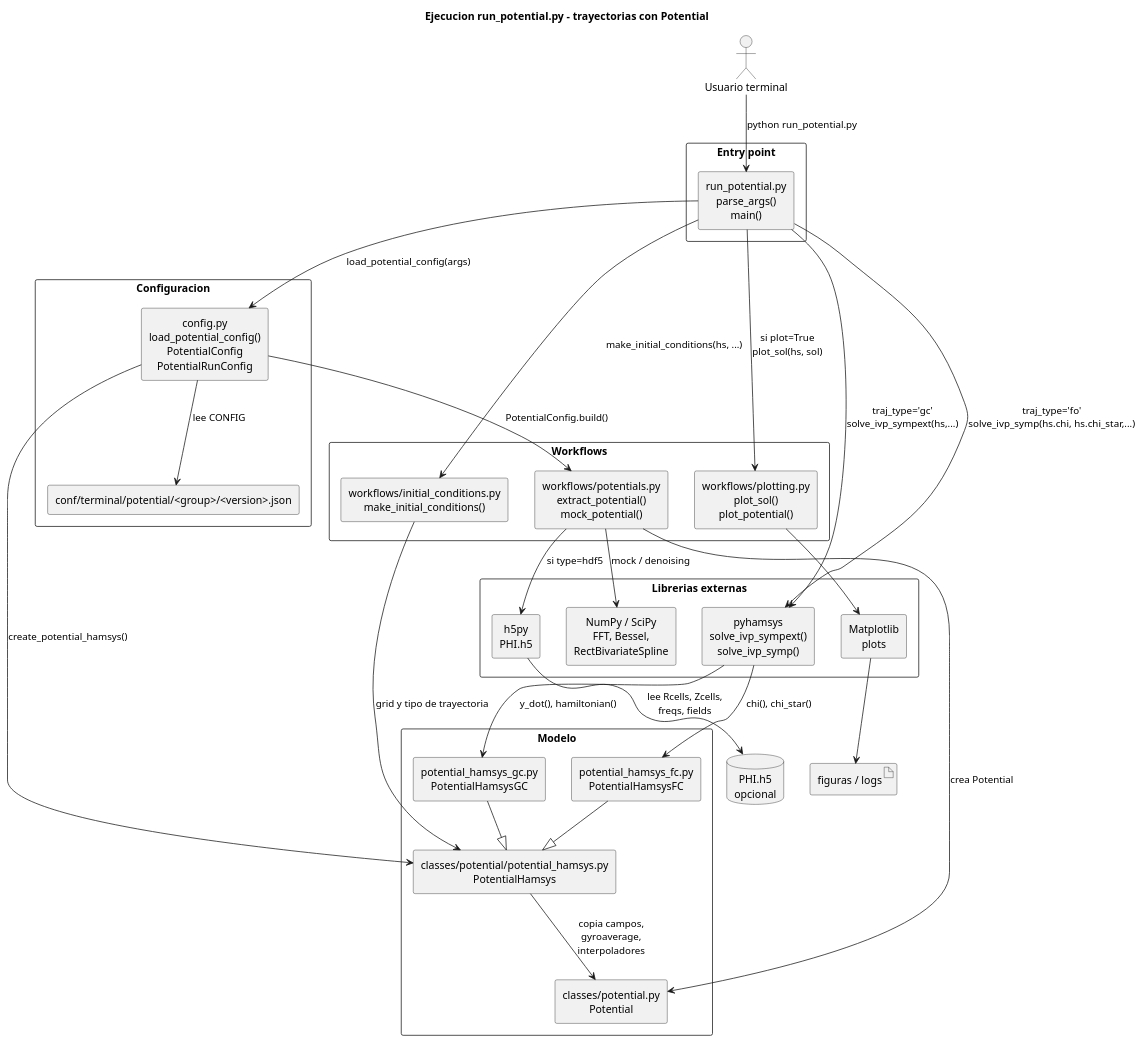
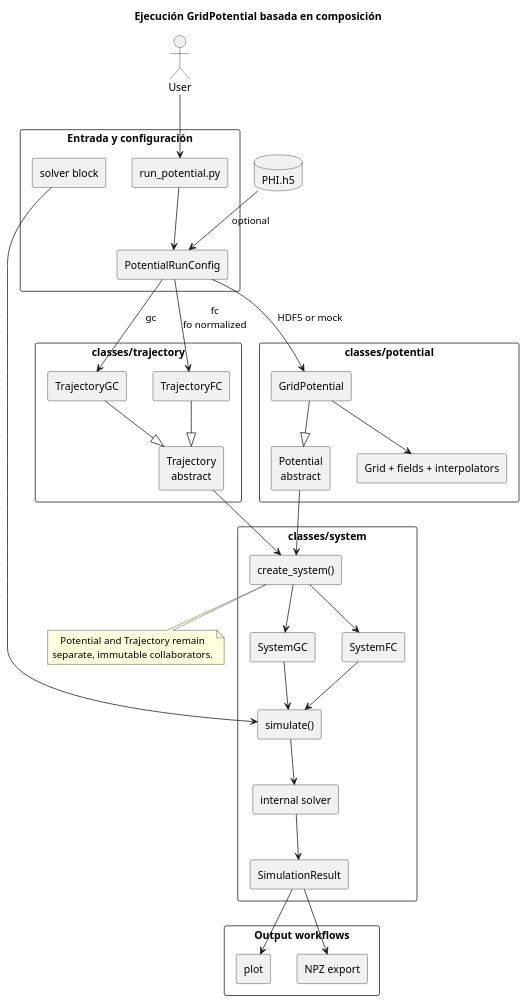
One commit to Jugibe-52/GC2D_intranet changed the diagram in docs/potential_execution/flow.puml. Above: the diagram before and after it, drawn with PlantUML. The commit also changed 83 other files, not shown here.

Commit message:
refactor: compose simulations from potential trajectory system

```diff
--- a/docs/potential_execution/flow.puml
+++ b/docs/potential_execution/flow.puml
@@ -1,69 +1,71 @@
-@startuml Trajectory_potential_execution_flow
-title Ejecucion run_potential.py - trayectorias con Potential
+@startuml Grid_potential_execution_flow
+title Ejecución GridPotential basada en composición
 
 skinparam componentStyle rectangle
 skinparam shadowing false
 skinparam packageStyle rectangle
 skinparam defaultTextAlignment center
 
-actor "Usuario terminal" as user
+actor User
+database "PHI.h5" as hdf5
 
-package "Entry point" {
-  component "run_potential.py\nparse_args()\nmain()" as cli
+package "Entrada y configuración" {
+  component "run_potential.py" as cli
+  component "PotentialRunConfig" as config
+  component "solver block" as solver_config
 }
 
-package "Configuracion" {
-  component "conf/terminal/potential/<group>/<version>.json" as json
-  component "config.py\nload_potential_config()\nPotentialConfig\nPotentialRunConfig" as config
+package "classes/potential" {
+  component "Potential\nabstract" as potential
+  component "GridPotential" as grid_potential
+  component "Grid + fields + interpolators" as grid_data
 }
 
-package "Workflows" {
-  component "workflows/potentials.py\nextract_potential()\nmock_potential()" as potentials
-  component "workflows/plotting.py\nplot_sol()\nplot_potential()" as plotting
-  component "workflows/initial_conditions.py\nmake_initial_conditions()" as initial_conditions
+package "classes/trajectory" {
+  component "Trajectory\nabstract" as trajectory
+  component "TrajectoryGC" as gc_trajectory
+  component "TrajectoryFC" as fc_trajectory
 }
 
-package "Modelo" {
-  component "classes/potential.py\nPotential" as potential
-  component "classes/potential/potential_hamsys.py\nPotentialHamsys" as trajectory
-  component "potential_hamsys_gc.py\nPotentialHamsysGC" as trajectory_gc
-  component "potential_hamsys_fc.py\nPotentialHamsysFC" as trajectory_fc
+package "classes/system" {
+  component "create_system()" as factory
+  component "SystemGC" as gc_system
+  component "SystemFC" as fc_system
+  component "simulate()" as simulate
+  component "internal solver" as solver
+  component "SimulationResult" as result
 }
 
-package "Librerias externas" {
-  component "h5py\nPHI.h5" as h5py
-  component "NumPy / SciPy\nFFT, Bessel,\nRectBivariateSpline" as scipy
-  component "pyhamsys\nsolve_ivp_sympext()\nsolve_ivp_symp()" as pyhamsys
-  component "Matplotlib\nplots" as mpl
+package "Output workflows" {
+  component "plot" as plot
+  component "NPZ export" as export
 }
 
-database "PHI.h5\nopcional" as hdf5
-artifact "figuras / logs" as outputs
+User --> cli
+cli --> config
+hdf5 --> config : optional
+config --> grid_potential : HDF5 or mock
+grid_potential --|> potential
+grid_potential --> grid_data
+config --> gc_trajectory : gc
+config --> fc_trajectory : fc\nfo normalized
+gc_trajectory --|> trajectory
+fc_trajectory --|> trajectory
+potential --> factory
+trajectory --> factory
+factory --> gc_system
+factory --> fc_system
+gc_system --> simulate
+fc_system --> simulate
+solver_config --> simulate
+simulate --> solver
+solver --> result
+result --> plot
+result --> export
 
-user --> cli : python run_potential.py
-cli --> config : load_potential_config(args)
-config --> json : lee CONFIG
-
-config --> potentials : PotentialConfig.build()
-potentials --> h5py : si type=hdf5
-h5py --> hdf5 : lee Rcells, Zcells,\nfreqs, fields
-potentials --> potential : crea Potential
-potentials --> scipy : mock / denoising
-
-config --> trajectory : create_potential_hamsys()
-trajectory_gc --|> trajectory
-trajectory_fc --|> trajectory
-trajectory --> potential : copia campos,\ngyroaverage,\ninterpoladores
-
-cli --> initial_conditions : make_initial_conditions(hs, ...)
-initial_conditions --> trajectory : grid y tipo de trayectoria
-cli --> pyhamsys : traj_type='gc'\nsolve_ivp_sympext(hs,...)
-cli --> pyhamsys : traj_type='fo'\nsolve_ivp_symp(hs.chi, hs.chi_star,...)
-pyhamsys --> trajectory_gc : y_dot(), hamiltonian()
-pyhamsys --> trajectory_fc : chi(), chi_star()
-
-cli --> plotting : si plot=True\nplot_sol(hs, sol)
-plotting --> mpl
-mpl --> outputs
+note bottom of factory
+  Potential and Trajectory remain
+  separate, immutable collaborators.
+end note
 
 @enduml
```
